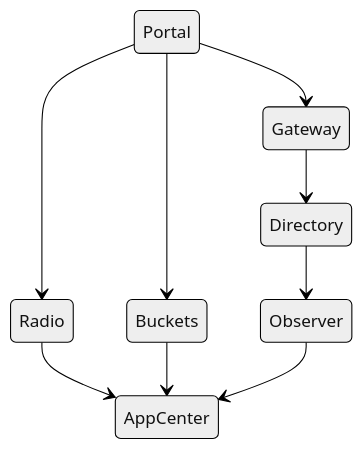
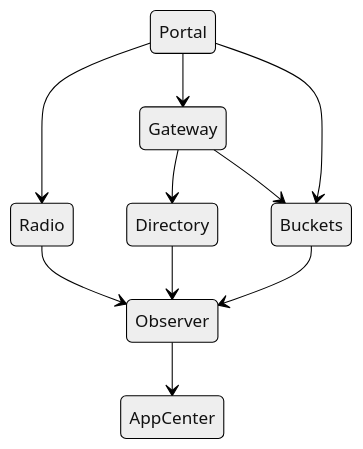
Before and after one commit to AiursoftWeb/Infra: the diagram in docs/design/structure.md, drawn with Mermaid (neutral theme). The commit also changed other lines of this file and 1 other file, not shown here.

````diff
--- a/docs/design/structure.md
+++ b/docs/design/structure.md
@@ -3,11 +3,12 @@
 ```mermaid
 stateDiagram-v2
     Portal --> Gateway
+    Gateway --> Buckets
     Gateway --> Directory
-    Radio --> AppCenter
+    Radio --> Observer
     Portal --> Radio
-    Buckets --> AppCenter
     Portal --> Buckets
     Observer --> AppCenter
     Directory --> Observer
+    Buckets --> Observer
 ```
````
